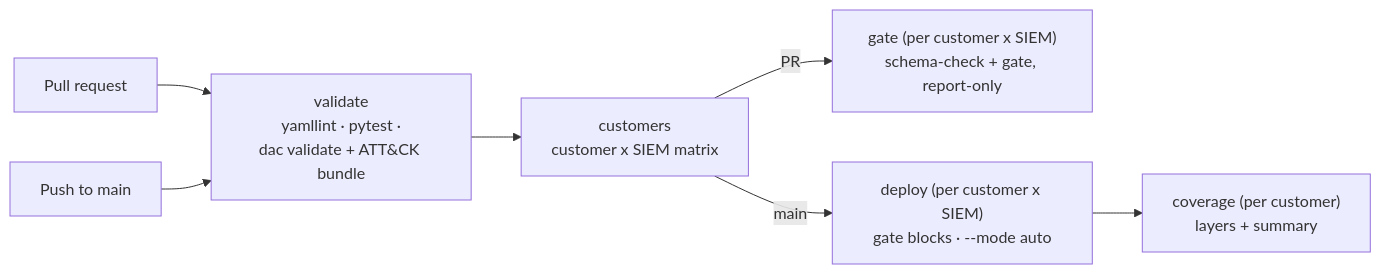
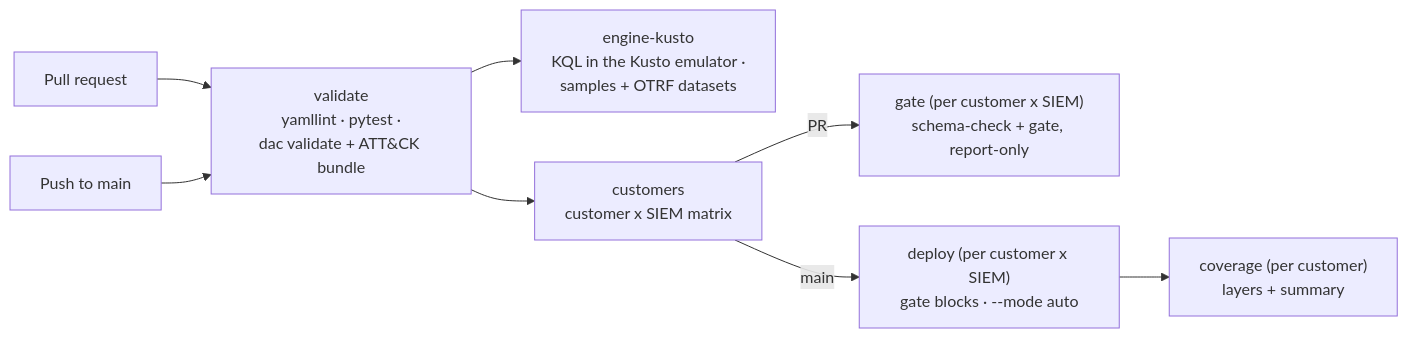
One commit to HungryBrain-bot/detection_As_Code changed the diagram in docs/components/ci.md. Above: the diagram before and after it, drawn with Mermaid. The commit also changed other lines of this file and 62 other files, not shown here.

````diff
--- a/docs/components/ci.md
+++ b/docs/components/ci.md
@@ -13,9 +13,10 @@
 ```mermaid
 flowchart LR
     PR["Pull request"] --> V["validate<br/>yamllint · pytest ·<br/>dac validate + ATT&CK bundle"]
     PUSH["Push to main"] --> V
+    V --> K["engine-kusto<br/>KQL in the Kusto emulator ·<br/>samples + OTRF datasets"]
     V --> C["customers<br/>customer x SIEM matrix"]
     C -- PR --> G["gate (per customer x SIEM)<br/>schema-check + gate, report-only"]
     C -- main --> D["deploy (per customer x SIEM)<br/>gate blocks · --mode auto"]
     D --> COV["coverage (per customer)<br/>layers + summary"]
 ```
````
